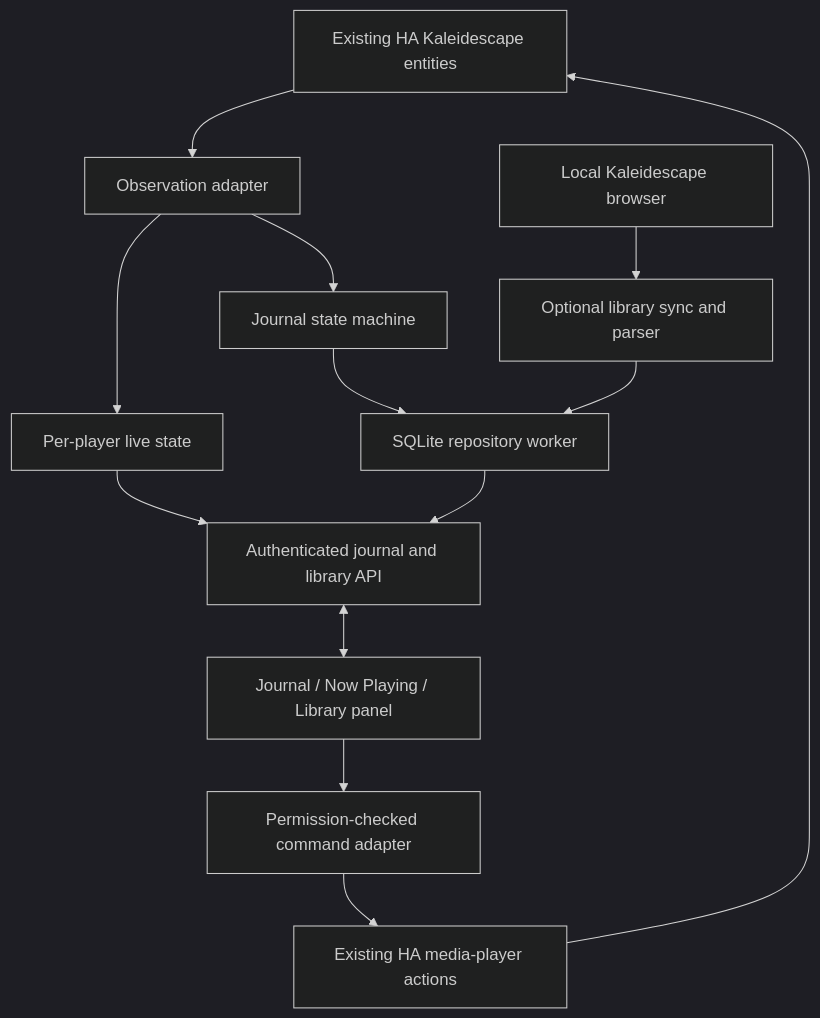
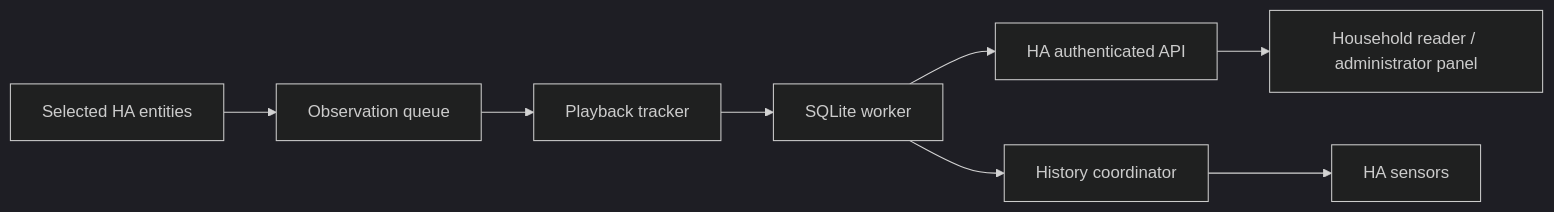
The diagram in docs/design.md (raven42/ha-kaleidescape-companion), drawn with Mermaid (dark theme) before and after one commit. The commit also changed other lines of this file and 34 other files, not shown here.

````diff
--- a/docs/design.md
+++ b/docs/design.md
@@ -121,15 +18,10 @@
 ```mermaid
-flowchart TD
-    HA[Existing HA Kaleidescape entities] --> OBS[Observation adapter]
-    OBS --> LIVE[Per-player live state]
-    OBS --> TRACK[Journal state machine]
-    TRACK --> REPO[SQLite repository worker]
-    SERVER[Local Kaleidescape browser] --> SYNC[Optional library sync and parser]
-    SYNC --> REPO
-    REPO --> API[Authenticated journal and library API]
-    LIVE --> API
-    API <--> UI[Journal / Now Playing / Library panel]
-    UI --> CMD[Permission-checked command adapter]
-    CMD --> SERVICES[Existing HA media-player actions]
-    SERVICES --> HA
+flowchart LR
+    ENT[Selected HA entities] --> OBS[Observation queue]
+    OBS --> TRACK[Playback tracker]
+    TRACK --> DB[SQLite worker]
+    DB --> API[HA authenticated API]
+    API --> PANEL[Household reader / administrator panel]
+    DB --> COORD[History coordinator]
+    COORD --> SENS[HA sensors]
 ```
````
